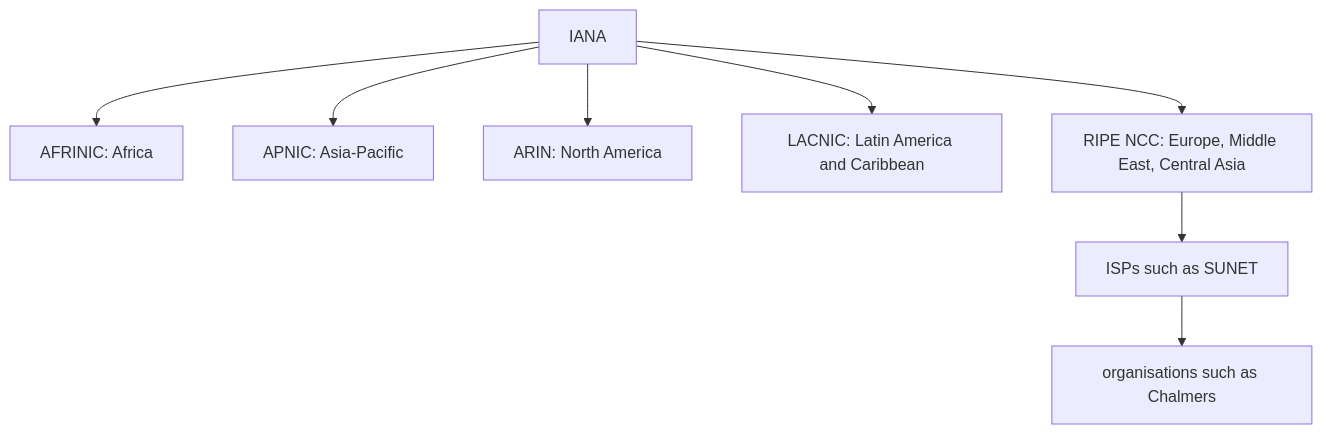
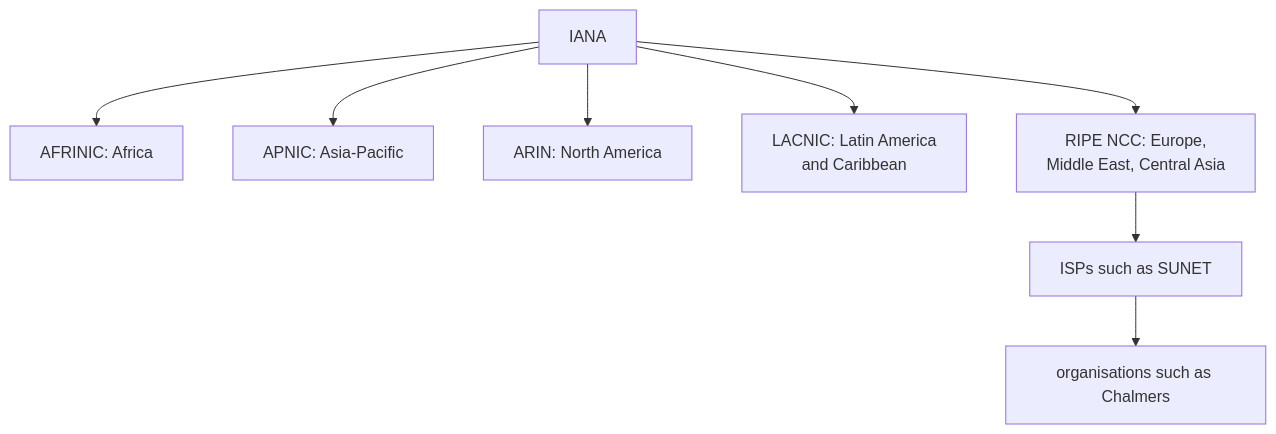
The third of 37 diagrams in EDA387-Computer-Networks/03-IPv6.md (FahimMashroor/Chalmers_CSC), drawn with Mermaid before and after one commit. The commit also changed other lines of this file, not shown here.

Commit message:
Rewrite 03 IPv6 in simple language with examples and diagrams

````diff
--- a/EDA387-Computer-Networks/03-IPv6.md
+++ b/EDA387-Computer-Networks/03-IPv6.md
@@ -122,10 +165,10 @@
 ```mermaid
 flowchart TD
   IANA["IANA"] --> AF["AFRINIC: Africa"]
   IANA --> AP["APNIC: Asia-Pacific"]
   IANA --> AR["ARIN: North America"]
-  IANA --> LA["LACNIC: Latin America and Caribbean"]
-  IANA --> RI["RIPE NCC: Europe, Middle East, Central Asia"]
+  IANA --> LA["LACNIC: Latin America<br/>and Caribbean"]
+  IANA --> RI["RIPE NCC: Europe,<br/>Middle East, Central Asia"]
   RI --> SUNET["ISPs such as SUNET"]
   SUNET --> CH["organisations such as Chalmers"]
 ```
````
